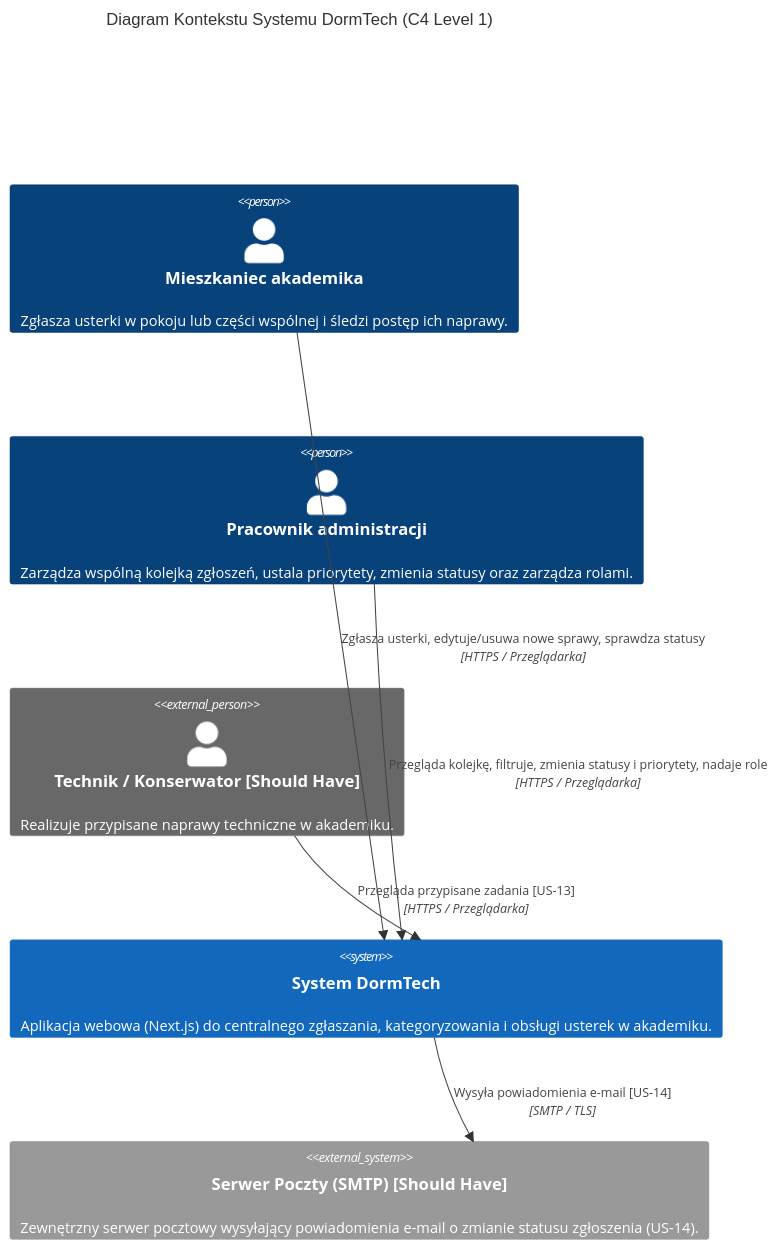
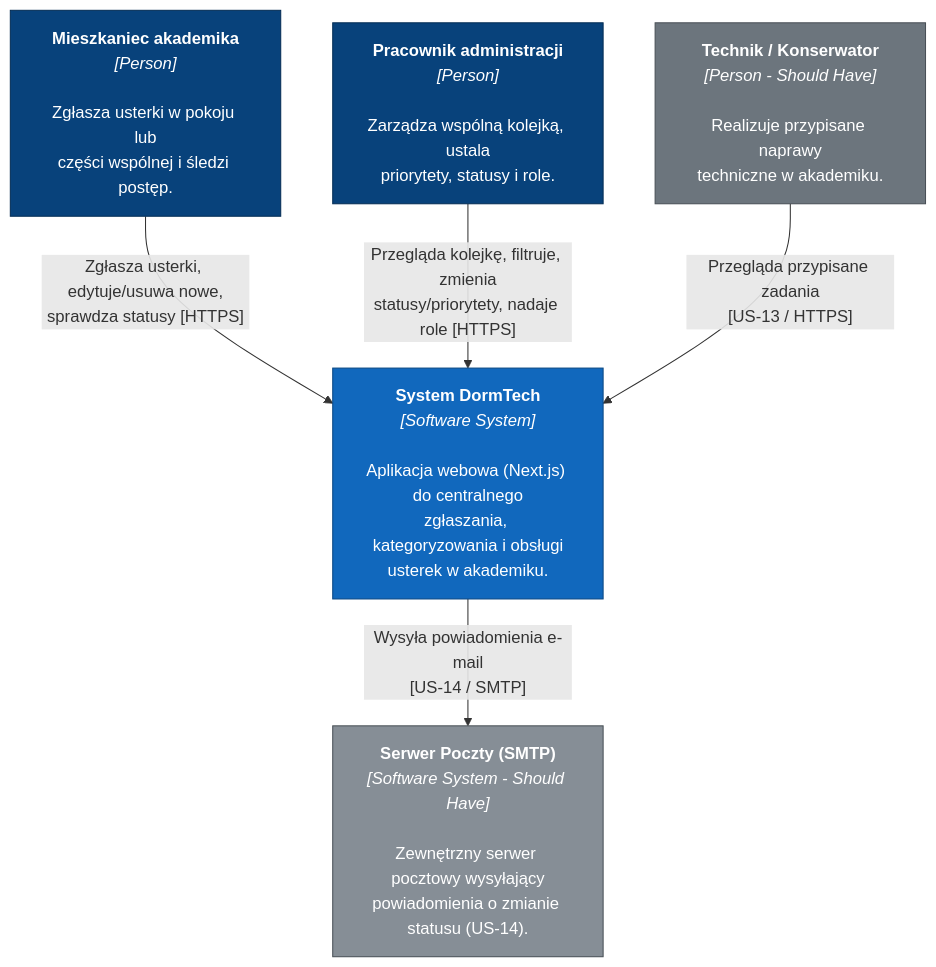
Before and after one commit to Grendelek/Projekt_Zlozony_WSZiB_Grupa_DMKSO: the first of 5 diagrams in docs/scrum/Sprint1_13_11_2026/dokument_architektury_systemu_dormtech.md, drawn with Mermaid. The commit also changed other lines of this file, not shown here.

````diff
--- a/docs/scrum/Sprint1_13_11_2026/dokument_architektury_systemu_dormtech.md
+++ b/docs/scrum/Sprint1_13_11_2026/dokument_architektury_systemu_dormtech.md
@@ -47,17 +47,25 @@
 ```mermaid
-C4Context
-    title Diagram Kontekstu Systemu DormTech (C4 Level 1)
+flowchart TB
+    resident["<b>Mieszkaniec akademika</b><br/><i>[Person]</i><br/><br/>Zgłasza usterki w pokoju lub<br/>części wspólnej i śledzi postęp."]
+    admin["<b>Pracownik administracji</b><br/><i>[Person]</i><br/><br/>Zarządza wspólną kolejką, ustala<br/>priorytety, statusy i role."]
+    technician["<b>Technik / Konserwator</b><br/><i>[Person - Should Have]</i><br/><br/>Realizuje przypisane naprawy<br/>techniczne w akademiku."]
 
-    Person(resident, "Mieszkaniec akademika", "Zgłasza usterki w pokoju lub części wspólnej i śledzi postęp ich naprawy.")
-    Person(admin, "Pracownik administracji", "Zarządza wspólną kolejką zgłoszeń, ustala priorytety, zmienia statusy oraz zarządza rolami.")
-    Person_Ext(technician, "Technik / Konserwator [Should Have]", "Realizuje przypisane naprawy techniczne w akademiku.")
+    dormtech["<b>System DormTech</b><br/><i>[Software System]</i><br/><br/>Aplikacja webowa (Next.js) do centralnego<br/>zgłaszania, kategoryzowania i obsługi<br/>usterek w akademiku."]
 
-    System(dormtech, "System DormTech", "Aplikacja webowa (Next.js) do centralnego zgłaszania, kategoryzowania i obsługi usterek w akademiku.")
+    smtp["<b>Serwer Poczty (SMTP)</b><br/><i>[Software System - Should Have]</i><br/><br/>Zewnętrzny serwer pocztowy wysyłający<br/>powiadomienia o zmianie statusu (US-14)."]
 
-    System_Ext(smtp, "Serwer Poczty (SMTP) [Should Have]", "Zewnętrzny serwer pocztowy wysyłający powiadomienia e-mail o zmianie statusu zgłoszenia (US-14).")
+    resident -->|"Zgłasza usterki, edytuje/usuwa nowe,<br/>sprawdza statusy [HTTPS]"| dormtech
+    admin -->|"Przegląda kolejkę, filtruje, zmienia<br/>statusy/priorytety, nadaje role [HTTPS]"| dormtech
+    technician -->|"Przegląda przypisane zadania<br/>[US-13 / HTTPS]"| dormtech
+    dormtech -->|"Wysyła powiadomienia e-mail<br/>[US-14 / SMTP]"| smtp
 
-    Rel(resident, dormtech, "Zgłasza usterki, edytuje/usuwa nowe sprawy, sprawdza statusy", "HTTPS / Przeglądarka")
-    Rel(admin, dormtech, "Przegląda kolejkę, filtruje, zmienia statusy i priorytety, nadaje role", "HTTPS / Przeglądarka")
-    Rel(technician, dormtech, "Przegląda przypisane zadania [US-13]", "HTTPS / Przeglądarka")
-    Rel(dormtech, smtp, "Wysyła powiadomienia e-mail [US-14]", "SMTP / TLS")
+    classDef person fill:#08427b,stroke:#052e56,color:#ffffff
+    classDef personExt fill:#6c757d,stroke:#495057,color:#ffffff
+    classDef system fill:#1168bd,stroke:#0b4884,color:#ffffff
+    classDef systemExt fill:#868e96,stroke:#495057,color:#ffffff
+
+    class resident,admin person
+    class technician personExt
+    class dormtech system
+    class smtp systemExt
 ```
````
